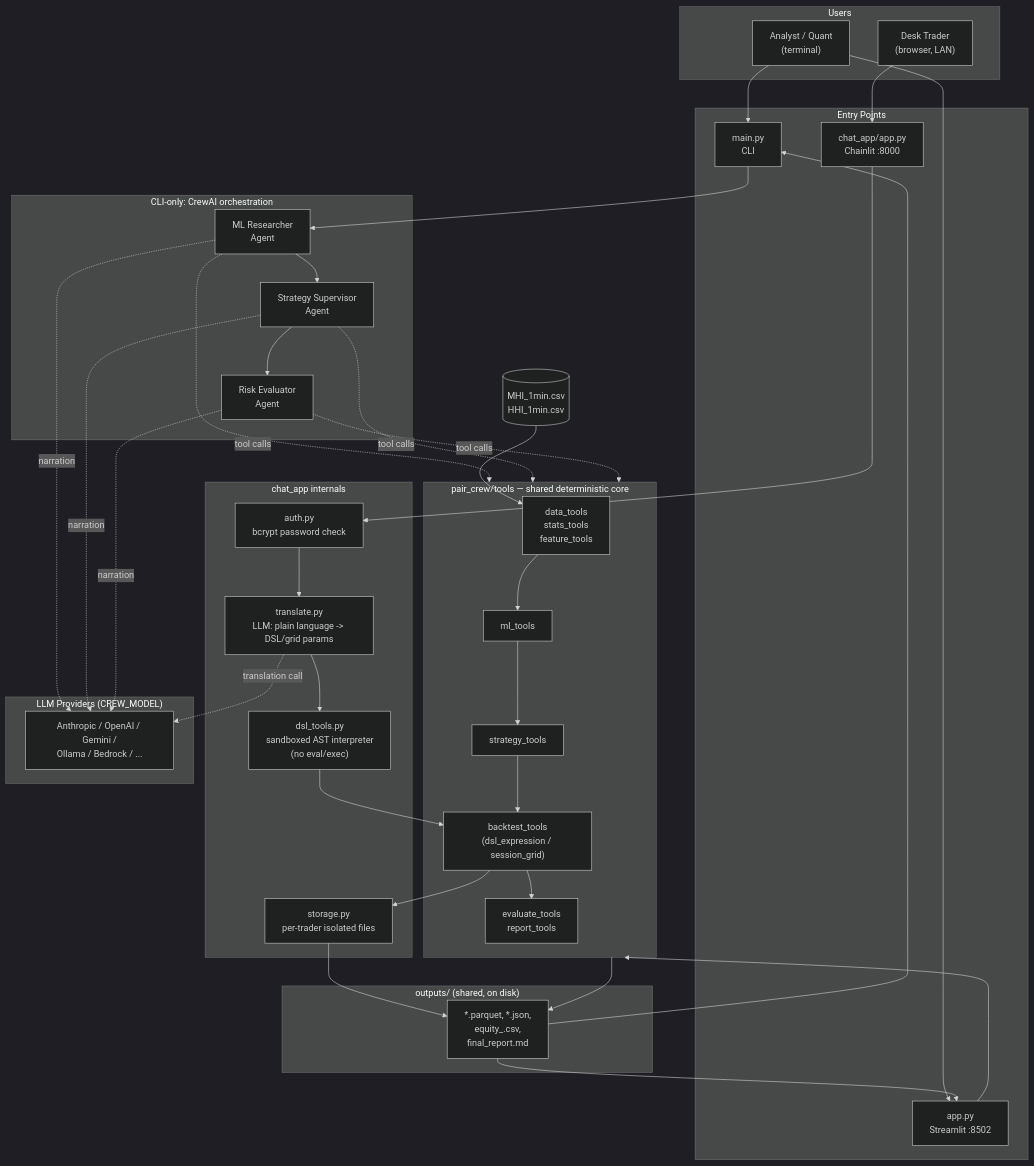
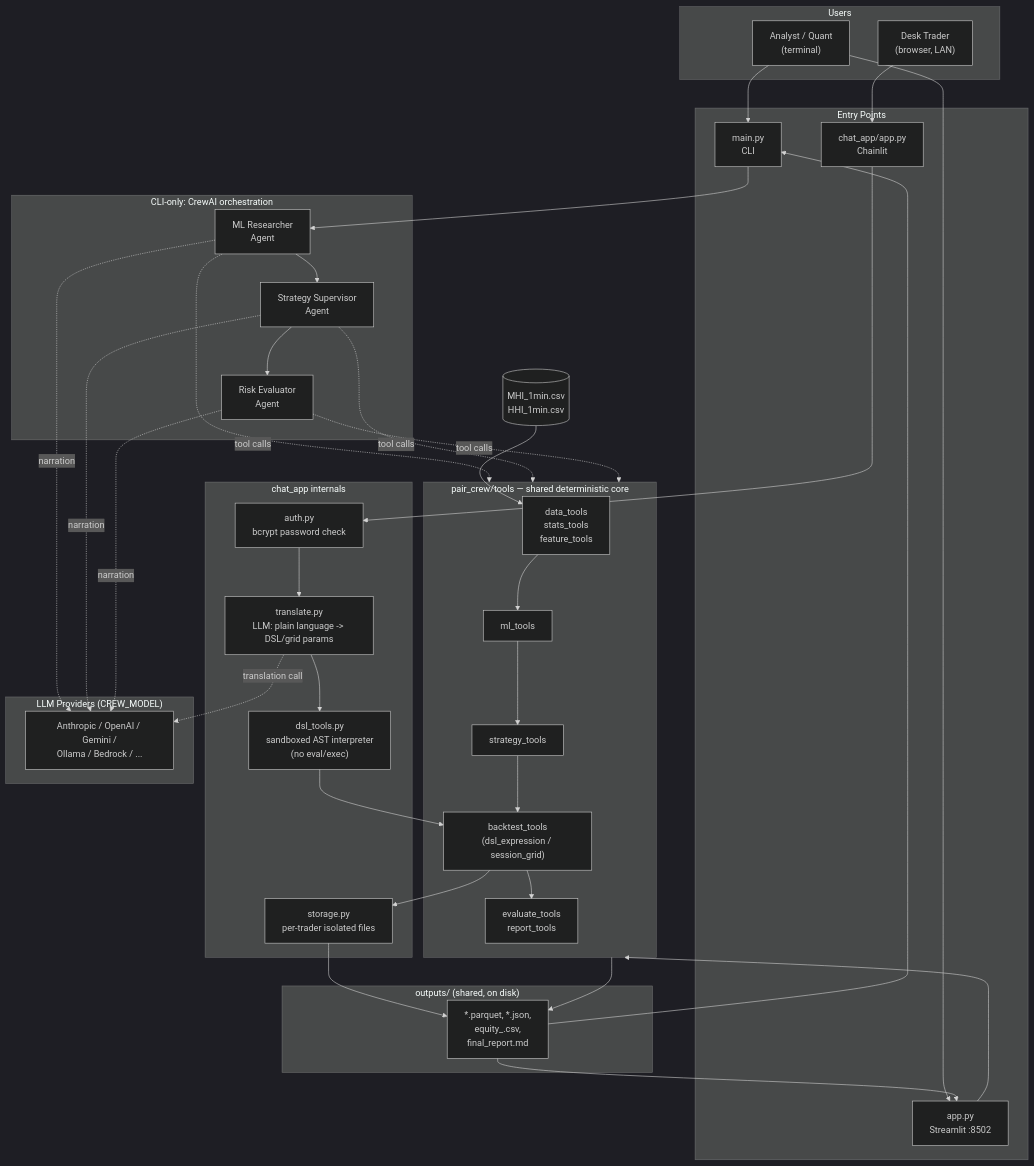
Before and after one commit to sinchecm/spread-trading-ai: the diagram in ARCHITECTURE.md, drawn with Mermaid (dark theme). The commit also changed other lines of this file, not shown here.

First line of the commit message:
Fix stale deployment info in ARCHITECTURE.md, add WSL2/skill notes

````diff
--- a/ARCHITECTURE.md
+++ b/ARCHITECTURE.md
@@ -24,71 +24,71 @@
 ```mermaid
 flowchart TB
     subgraph Users
         Analyst["Analyst / Quant\n(terminal)"]
         Trader["Desk Trader\n(browser, LAN)"]
     end
 
     subgraph EntryPoints["Entry Points"]
         CLI["main.py\nCLI"]
         ST["app.py\nStreamlit :8502"]
-        Chat["chat_app/app.py\nChainlit :8000"]
+        Chat["chat_app/app.py\nChainlit"]
     end
 
     subgraph CrewLayer["CLI-only: CrewAI orchestration"]
         MLAgent["ML Researcher\nAgent"]
         SupAgent["Strategy Supervisor\nAgent"]
         EvalAgent["Risk Evaluator\nAgent"]
         MLAgent --> SupAgent --> EvalAgent
     end
 
     subgraph Core["pair_crew/tools — shared deterministic core"]
         Data["data_tools\nstats_tools\nfeature_tools"]
         ML["ml_tools"]
         Strat["strategy_tools"]
         BT["backtest_tools\n(dsl_expression / session_grid)"]
         Eval["evaluate_tools\nreport_tools"]
         Data --> ML --> Strat --> BT --> Eval
     end
 
     subgraph ChatInternals["chat_app internals"]
         Auth["auth.py\nbcrypt password check"]
         Translate["translate.py\nLLM: plain language -> DSL/grid params"]
         DSL["dsl_tools.py\nsandboxed AST interpreter\n(no eval/exec)"]
         Storage["storage.py\nper-trader isolated files"]
         Auth --> Translate --> DSL
         DSL --> BT
         BT --> Storage
     end
 
     subgraph LLMs["LLM Providers (CREW_MODEL)"]
         LLM["Anthropic / OpenAI / Gemini /\nOllama / Bedrock / ..."]
     end
 
     subgraph Storage_["outputs/ (shared, on disk)"]
         Files["*.parquet, *.json,\nequity_<id>.csv,\nfinal_report.md"]
     end
 
     RawCSV[("MHI_1min.csv\nHHI_1min.csv")]
 
     Analyst --> CLI
     Analyst --> ST
     Trader --> Chat
 
     CLI --> MLAgent
     MLAgent -.tool calls.-> Core
     SupAgent -.tool calls.-> Core
     EvalAgent -.tool calls.-> Core
     MLAgent -.narration.-> LLM
     SupAgent -.narration.-> LLM
     EvalAgent -.narration.-> LLM
 
     ST --> Core
     Chat --> Auth
     Translate -.translation call.-> LLM
 
     RawCSV --> Data
     Core --> Files
     Files --> ST
     Files --> CLI
     Storage --> Files
 ```
````
